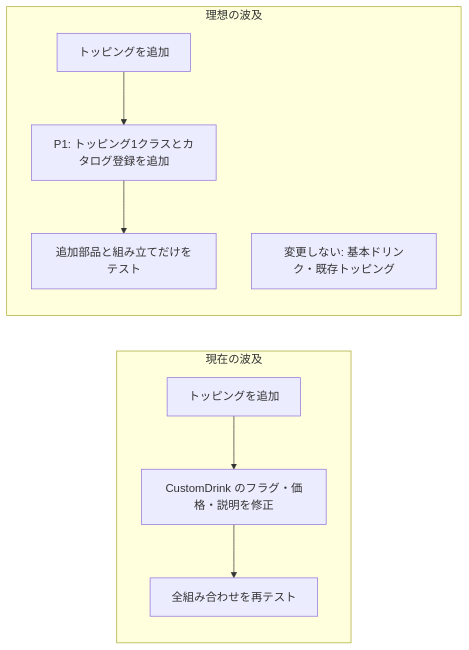
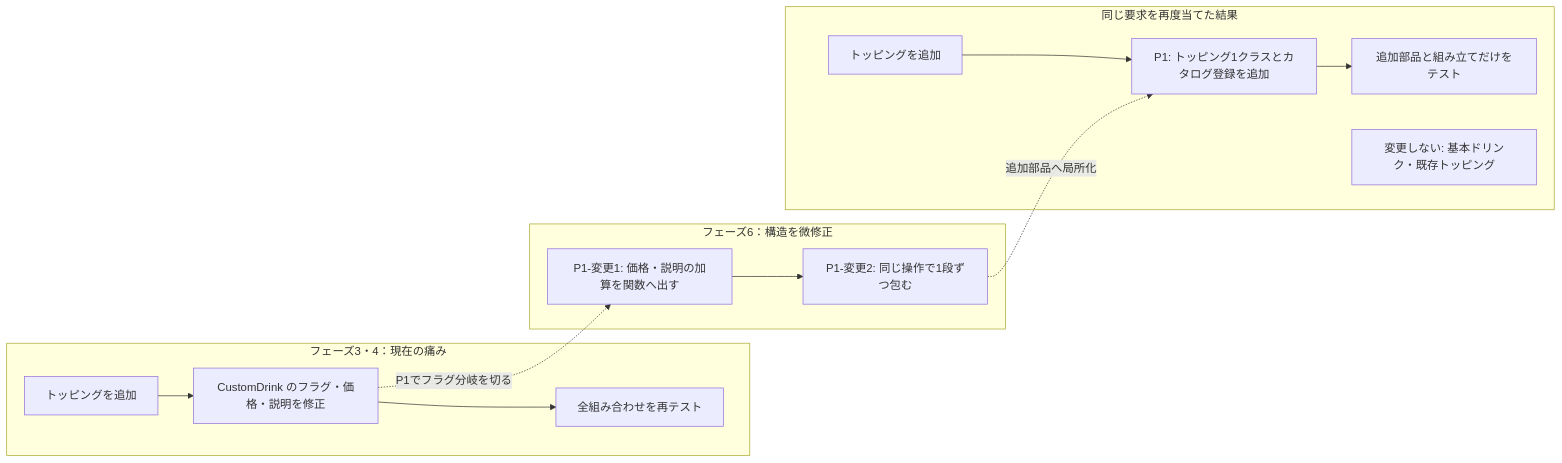
The sixth of 13 diagrams in kindle/design-patterns/output/chapter06.md (kumachan1101-pixel/DesignPattern), drawn with Mermaid before and after one commit. The commit also changed other lines of this file and 22 other files, not shown here.

````diff
--- a/kindle/design-patterns/output/chapter06.md
+++ b/kindle/design-patterns/output/chapter06.md
@@ -820,12 +820,17 @@
 ```mermaid
 flowchart LR
-    subgraph Current["現在の波及"]
+    subgraph Pain["フェーズ3・4：現在の痛み"]
         CR["トッピングを追加"] --> C1["CustomDrink のフラグ・価格・説明を修正"]
         C1 --> C2["全組み合わせを再テスト"]
     end
-    subgraph Ideal["理想の波及"]
+    subgraph StructuralChange["フェーズ6：構造を微修正"]
+        S1["P1-変更1: 価格・説明の加算を関数へ出す"] --> S2["P1-変更2: 同じ操作で1段ずつ包む"]
+    end
+    subgraph Result["同じ要求を再度当てた結果"]
         IR["トッピングを追加"] --> I1["P1: トッピング1クラスとカタログ登録を追加"]
         I1 --> I2["追加部品と組み立てだけをテスト"]
         IS["変更しない: 基本ドリンク・既存トッピング"]
     end
+    C1 -. "P1でフラグ分岐を切る" .-> S1
+    S2 -. "追加部品へ局所化" .-> I1
 ```
````
